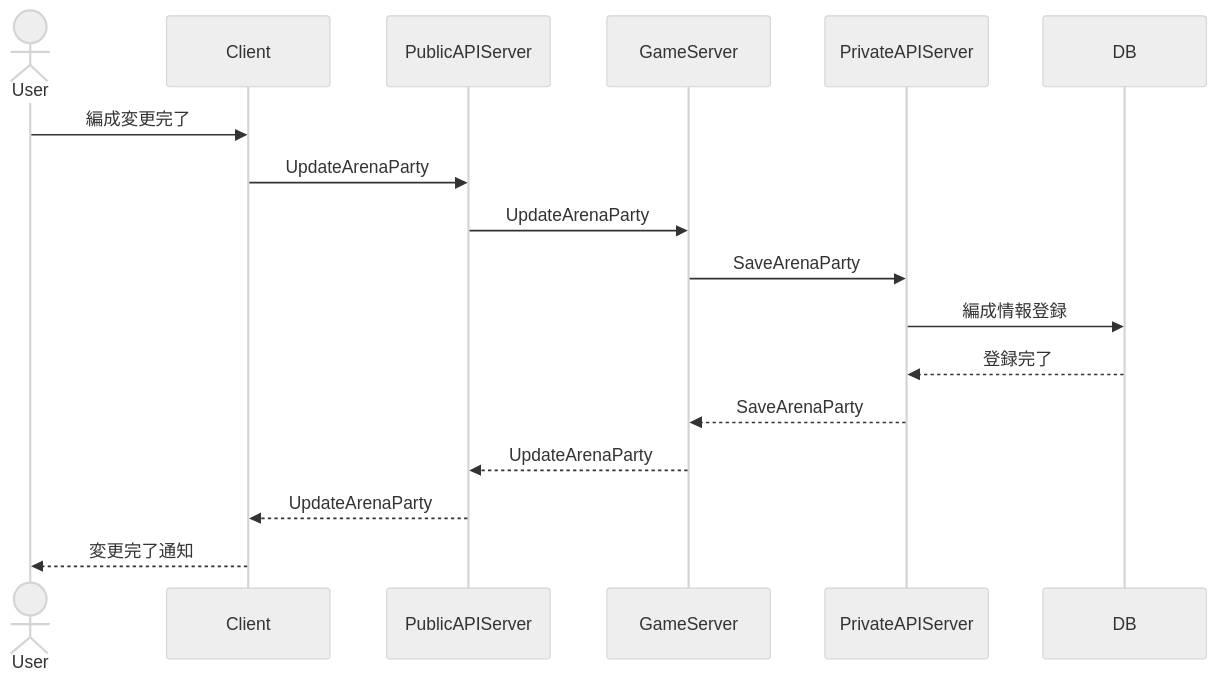
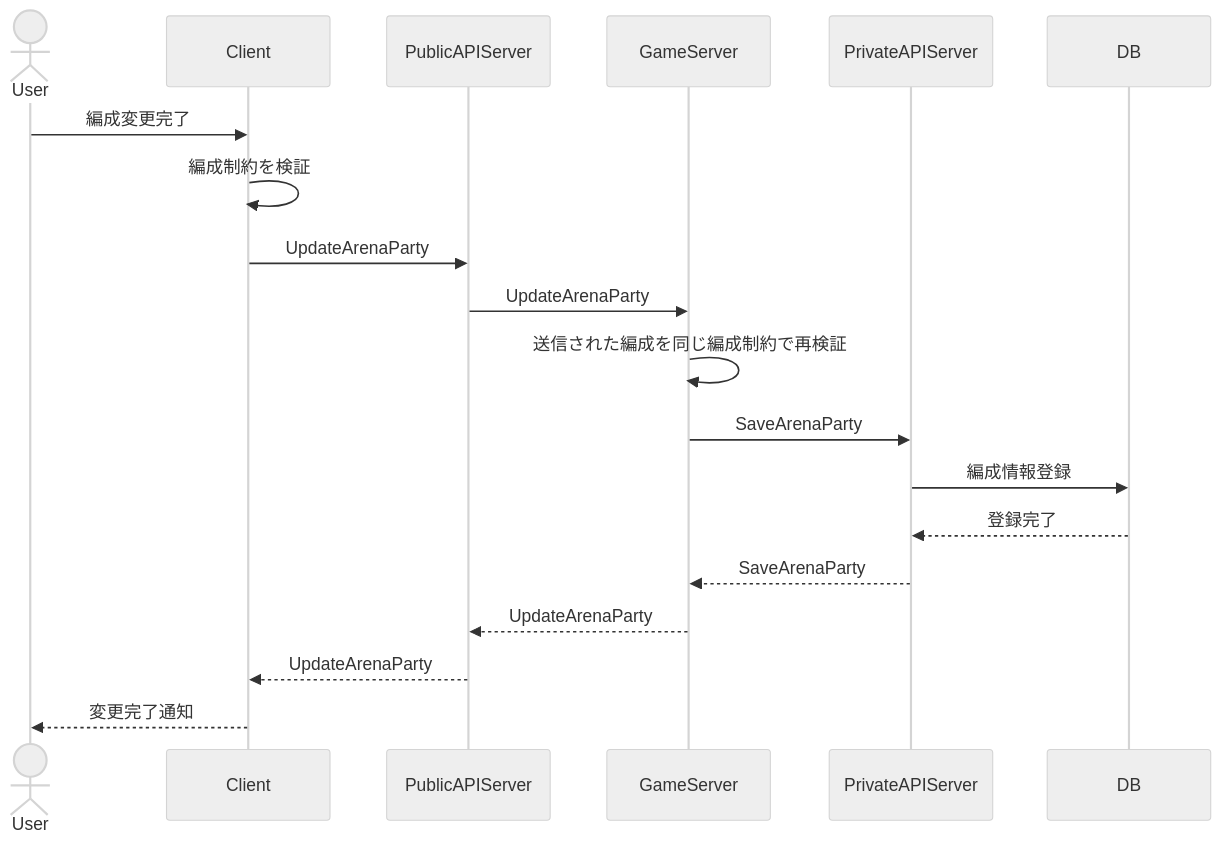
The second of 3 diagrams in design/arina.md (ReHydrangeaOdyssey/Specifications), drawn with Mermaid (neutral theme) before and after one commit. The commit also changed other lines of this file and 19 other files, not shown here.

````diff
--- a/design/arina.md
+++ b/design/arina.md
@@ -31,20 +31,22 @@
 ```mermaid
 sequenceDiagram
     actor User
     participant Client
     participant PublicAPIServer
     participant GameServer
     participant PrivateAPIServer
     participant DB
 
     User->>Client: 編成変更完了
+    Client->>Client: 編成制約を検証
     Client->>PublicAPIServer: UpdateArenaParty
     PublicAPIServer->>GameServer: UpdateArenaParty
+    GameServer->>GameServer: 送信された編成を同じ編成制約で再検証
     GameServer->>PrivateAPIServer: SaveArenaParty
     PrivateAPIServer->>DB: 編成情報登録
     DB-->>PrivateAPIServer: 登録完了
     PrivateAPIServer-->>GameServer: SaveArenaParty
     GameServer-->>PublicAPIServer: UpdateArenaParty
     PublicAPIServer-->>Client: UpdateArenaParty
     Client-->>User: 変更完了通知
 ```
````
